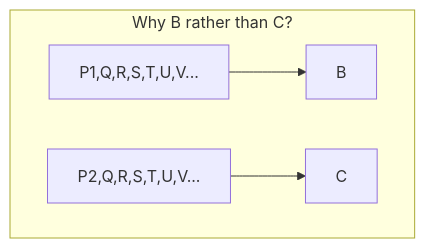
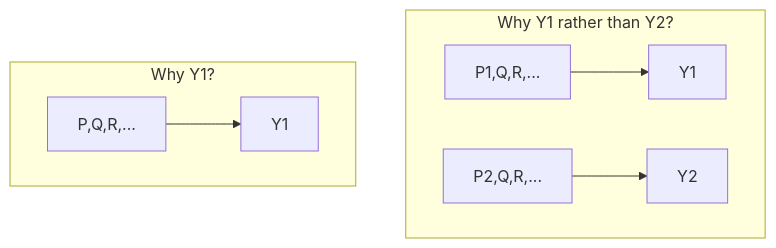
The first of 4 diagrams in src/XAI/explanation.md (santi-mir/posts), drawn with Mermaid before and after one commit. The commit also changed other lines of this file and 30 other files, not shown here.

````diff
--- a/src/XAI/explanation.md
+++ b/src/XAI/explanation.md
@@ -129,8 +97,11 @@
 ```mermaid
+flowchart TB
+subgraph "Why Y1 rather than Y2?"
+A["P1,Q,R,..."]-->B["Y1"]
+C["P2,Q,R,..."]-->D["Y2"]
+end
 
-flowchart TB
-subgraph "Why B rather than C?"
-A["P1,Q,R,S,T,U,V..."]-->B["B"]
-C["P2,Q,R,S,T,U,V..."]-->D["C"]
+subgraph "Why Y1?"
+X["P,Q,R,..."]-->Y["Y1"]
 end
 ```
````
